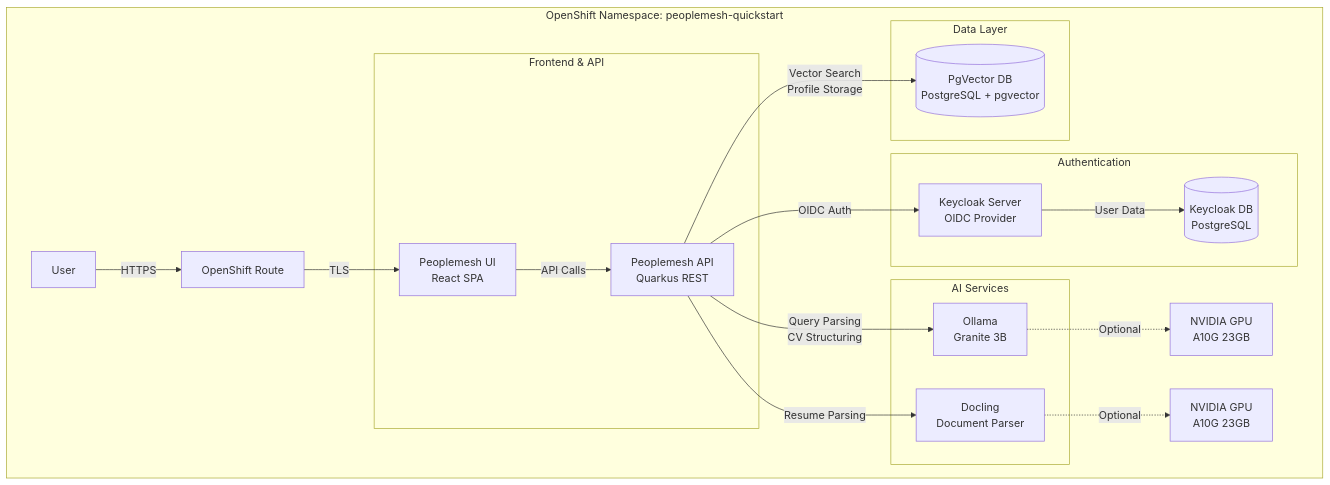
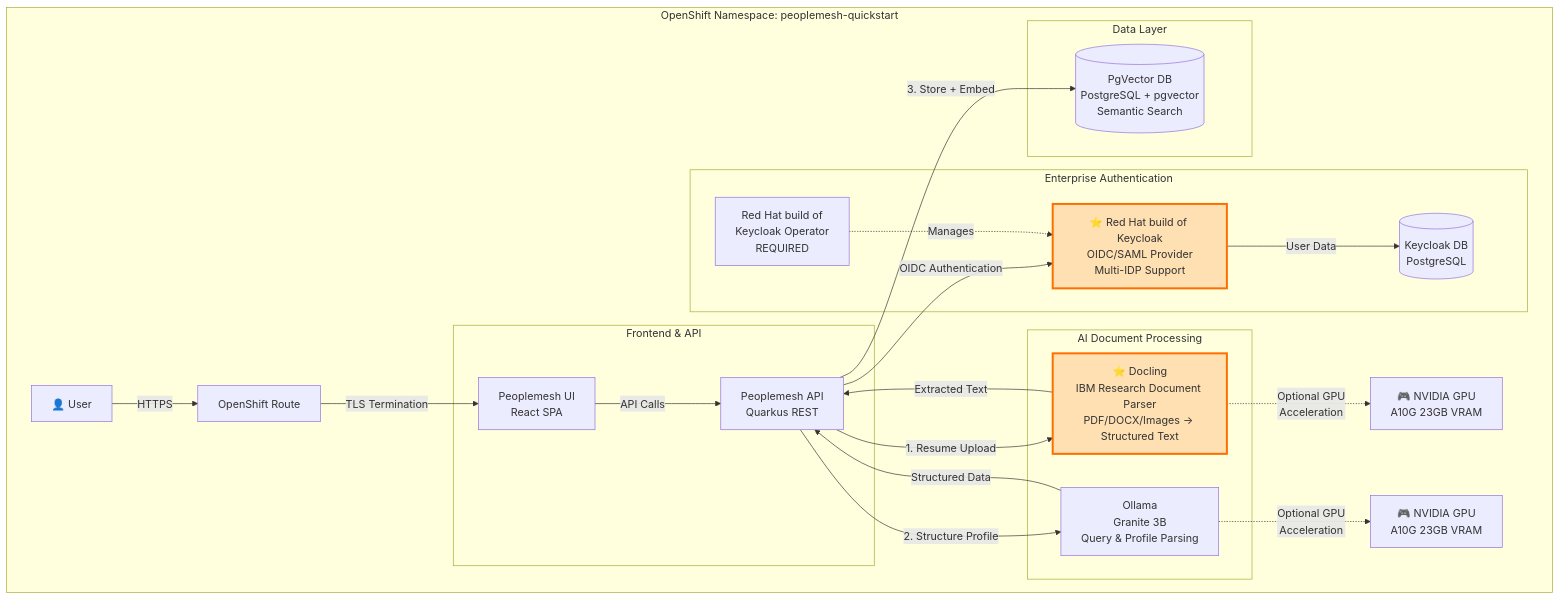
One commit to rh-ai-quickstart/peoplemesh changed the diagram in README.md. Above: the diagram before and after it, drawn with Mermaid. The commit also changed other lines of this file and 1 other file, not shown here.

Commit message:
Additional details and images.

````diff
--- a/README.md
+++ b/README.md
@@ -44,37 +44,44 @@
 ```mermaid
 graph TB
     subgraph "OpenShift Namespace: peoplemesh-quickstart"
         subgraph "Frontend & API"
             UI[Peoplemesh UI<br/>React SPA]
             API[Peoplemesh API<br/>Quarkus REST]
         end
         
-        subgraph "Authentication"
-            KC[Keycloak Server<br/>OIDC Provider]
+        subgraph "Enterprise Authentication"
+            KC["⭐ Red Hat build of Keycloak<br/>OIDC/SAML Provider<br/>Multi-IDP Support"]
             KCDB[(Keycloak DB<br/>PostgreSQL)]
+            KCOP[Red Hat build of<br/>Keycloak Operator<br/>REQUIRED]
         end
         
-        subgraph "AI Services"
-            LLM[Ollama<br/>Granite 3B]
-            DOC[Docling<br/>Document Parser]
+        subgraph "AI Document Processing"
+            DOC["⭐ Docling<br/>IBM Research Document Parser<br/>PDF/DOCX/Images → Structured Text"]
+            LLM[Ollama<br/>Granite 3B<br/>Query & Profile Parsing]
         end
         
         subgraph "Data Layer"
-            PGVEC[(PgVector DB<br/>PostgreSQL + pgvector)]
+            PGVEC[(PgVector DB<br/>PostgreSQL + pgvector<br/>Semantic Search)]
         end
         
-        USER[User] -->|HTTPS| ROUTE[OpenShift Route]
-        ROUTE -->|TLS| UI
+        USER[👤 User] -->|HTTPS| ROUTE[OpenShift Route]
+        ROUTE -->|TLS Termination| UI
         UI -->|API Calls| API
         
-        API -->|OIDC Auth| KC
+        API -->|OIDC Authentication| KC
         KC -->|User Data| KCDB
+        KCOP -.->|Manages| KC
         
-        API -->|Query Parsing<br/>CV Structuring| LLM
-        API -->|Resume Parsing| DOC
-        API -->|Vector Search<br/>Profile Storage| PGVEC
+        API -->|1. Resume Upload| DOC
+        DOC -->|Extracted Text| API
+        API -->|2. Structure Profile| LLM
+        LLM -->|Structured Data| API
+        API -->|3. Store + Embed| PGVEC
         
-        LLM -.->|Optional| GPU1[NVIDIA GPU<br/>A10G 23GB]
-        DOC -.->|Optional| GPU2[NVIDIA GPU<br/>A10G 23GB]
+        DOC -.->|Optional GPU<br/>Acceleration| GPU1[🎮 NVIDIA GPU<br/>A10G 23GB VRAM]
+        LLM -.->|Optional GPU<br/>Acceleration| GPU2[🎮 NVIDIA GPU<br/>A10G 23GB VRAM]
     end
+    
+    classDef highlighted fill:#ffe0b2,stroke:#ff6f00,stroke-width:3px
+    class KC,DOC highlighted
 ```
````
